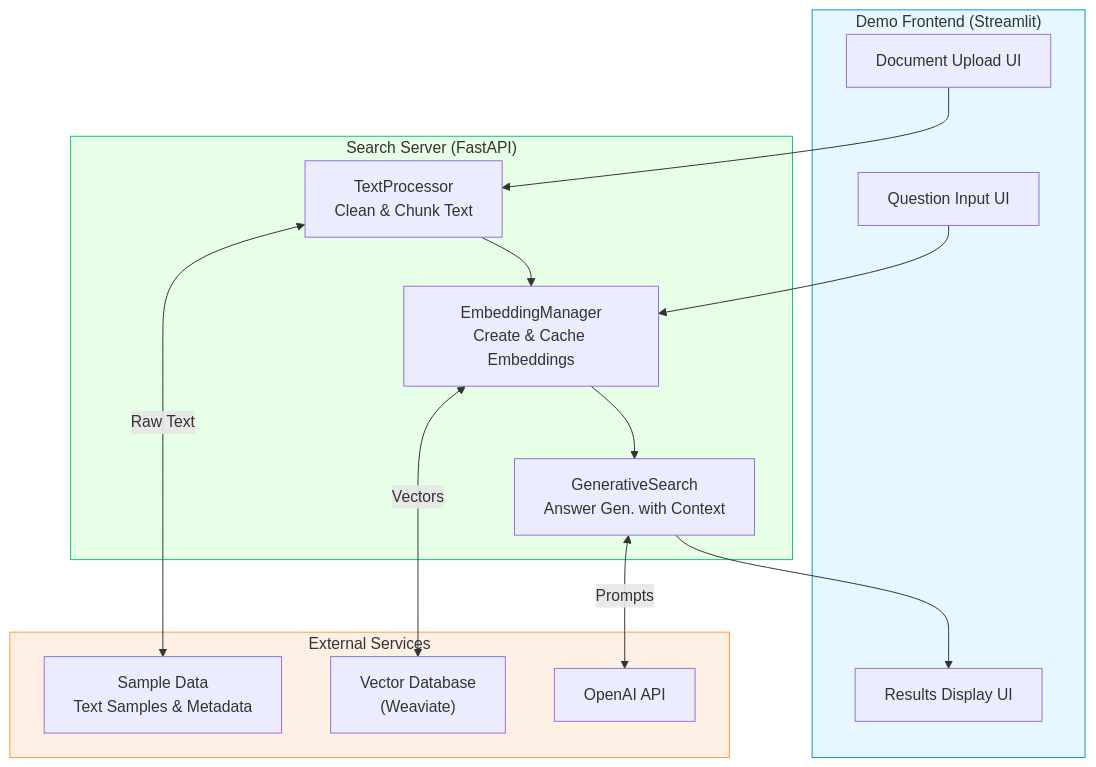
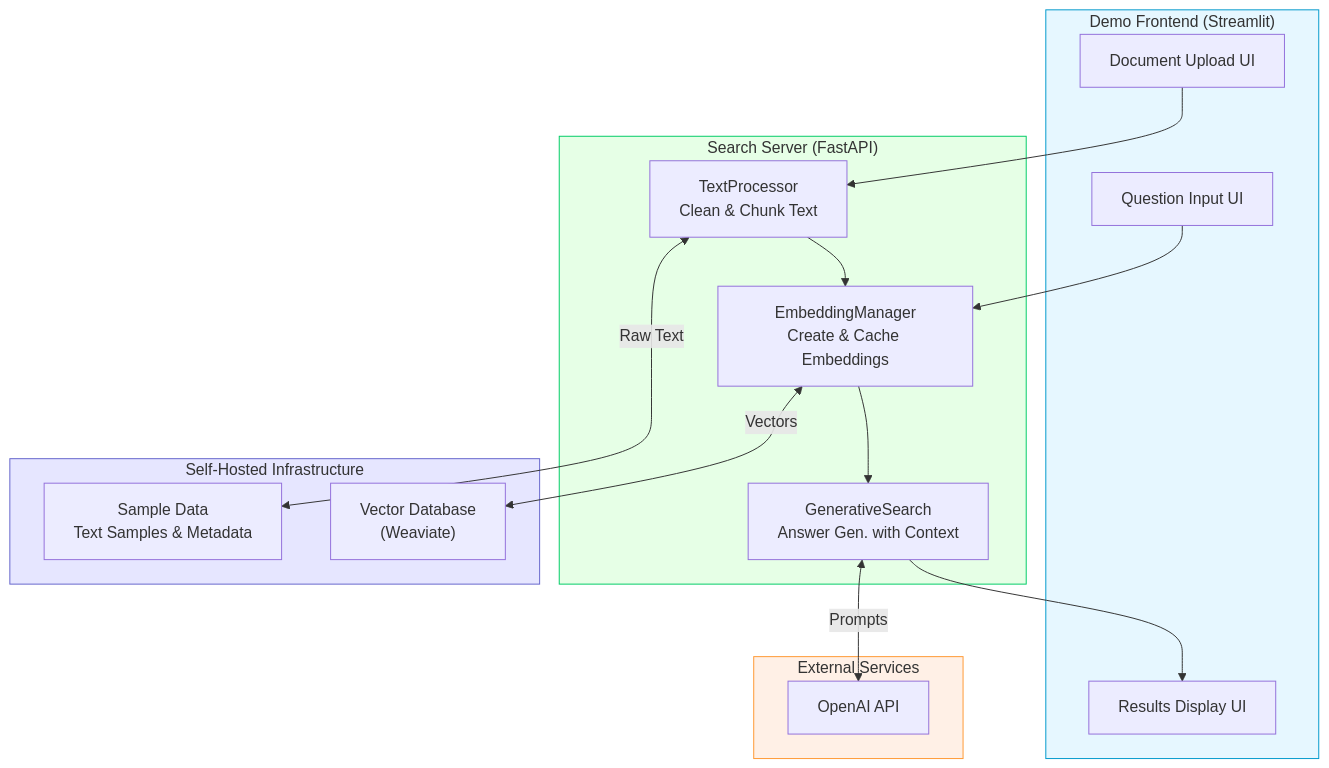
One commit to tuandung222/LLMs-with-Semantic-Search changed the diagram in README.md. Above: the diagram before and after it, drawn with Mermaid. The commit also changed other lines of this file, not shown here.

Commit message:
Update self-host vector database to main doc.

````diff
--- a/README.md
+++ b/README.md
@@ -24,39 +24,44 @@
 ```mermaid
 flowchart TB
     subgraph Frontend["Demo Frontend (Streamlit)"]
         DocUI["Document Upload UI"]
         QuesUI["Question Input UI"]
         ResUI["Results Display UI"]
     end
 
     subgraph Server["Search Server (FastAPI)"]
         TextProc["TextProcessor<br>Clean & Chunk Text"]
         EmbMgr["EmbeddingManager<br>Create & Cache Embeddings"]
         GenSearch["GenerativeSearch<br>Answer Gen. with Context"]
         
         TextProc --> EmbMgr
         EmbMgr --> GenSearch
     end
     
+    subgraph SelfHosted["Self-Hosted Infrastructure"]
+        VecDB["Vector Database<br>(Weaviate)"]
+        SampleData["Sample Data<br>Text Samples & Metadata"]
+    end
+    
     subgraph External["External Services"]
-        VecDB["Vector Database<br>(Weaviate)"]
         OpenAI["OpenAI API"]
-        SampleData["Sample Data<br>Text Samples & Metadata"]
     end
     
     DocUI --> TextProc
     QuesUI --> EmbMgr
     GenSearch --> ResUI
     
     TextProc <-- Raw Text --> SampleData
     EmbMgr <-- Vectors --> VecDB
     GenSearch <-- Prompts --> OpenAI
     
     classDef frontend fill:#e6f7ff,stroke:#0099cc
     classDef server fill:#e6ffe6,stroke:#00cc66
+    classDef selfhosted fill:#e6e6ff,stroke:#6666cc
     classDef external fill:#fff0e6,stroke:#ff9933
     
     class Frontend frontend
     class Server server
+    class SelfHosted selfhosted
     class External external
 ```
````
